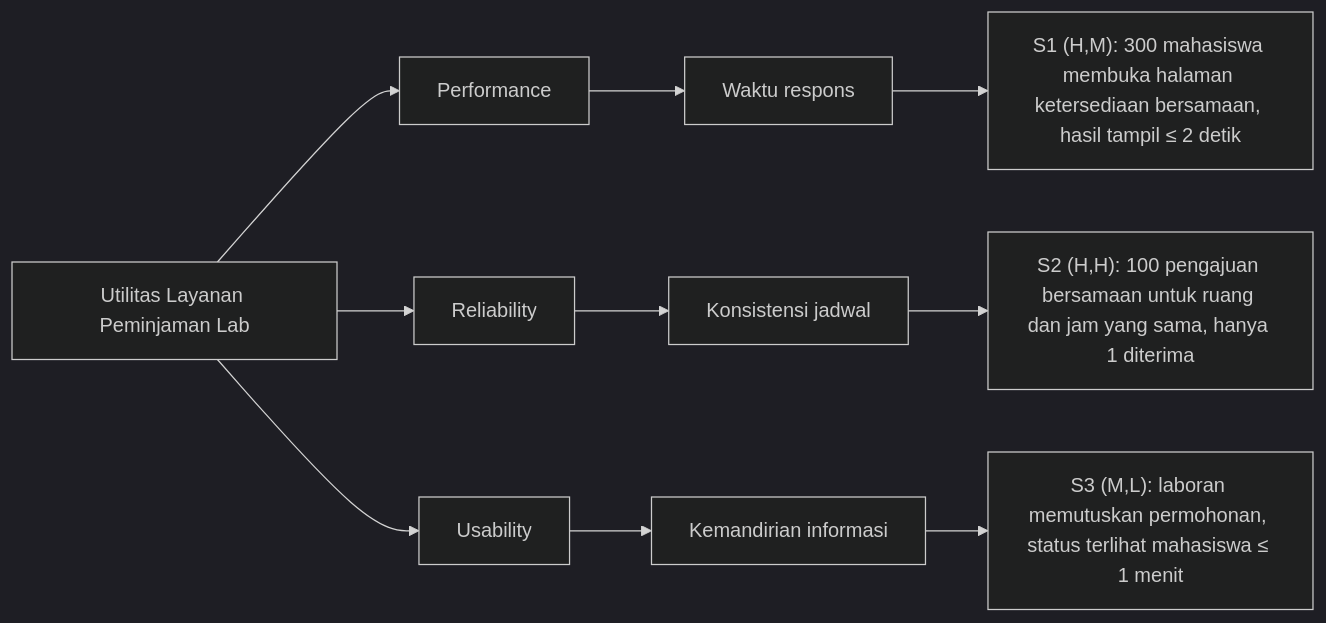
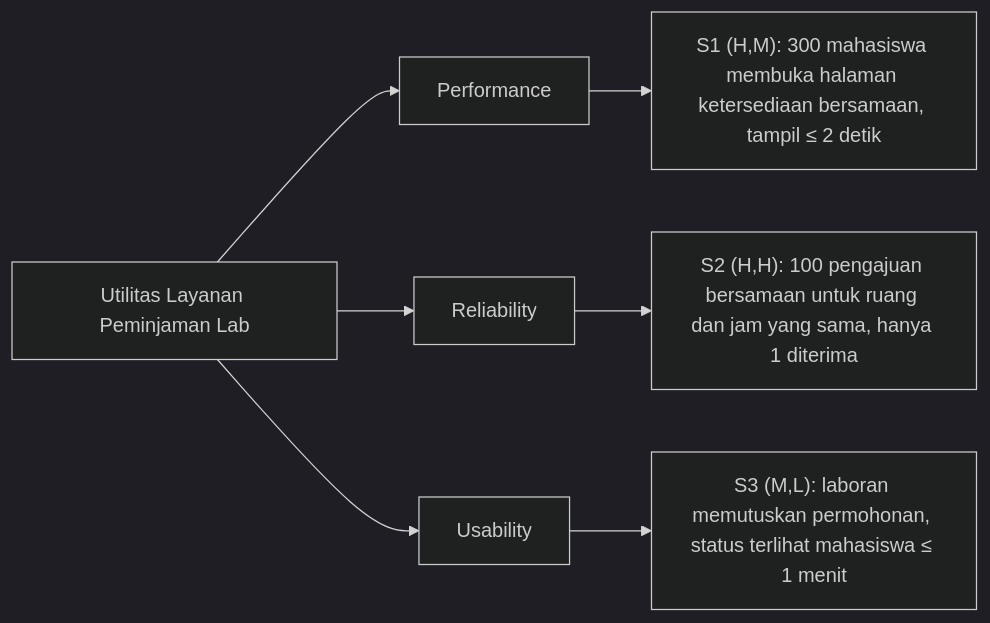
The diagram in uts/U6-Evaluasi.md (muhammadadrianrian675-arch/apl-tugas-kelompok-07), drawn with Mermaid (dark theme) before and after one commit. The commit also changed other lines of this file, not shown here.

Commit message:
[U6] ringkas evaluasi dan sesuaikan nomor gambar

````diff
--- a/uts/U6-Evaluasi.md
+++ b/uts/U6-Evaluasi.md
@@ -15,9 +15,9 @@
 ```mermaid
 flowchart LR
   U[Utilitas Layanan Peminjaman Lab] --> P[Performance]
   U --> R[Reliability]
   U --> S[Usability]
-  P --> P1[Waktu respons] --> S1["S1 (H,M): 300 mahasiswa membuka halaman ketersediaan bersamaan, hasil tampil ≤ 2 detik"]
-  R --> R1[Konsistensi jadwal] --> S2["S2 (H,H): 100 pengajuan bersamaan untuk ruang dan jam yang sama, hanya 1 diterima"]
-  S --> S3a[Kemandirian informasi] --> S3["S3 (M,L): laboran memutuskan permohonan, status terlihat mahasiswa ≤ 1 menit"]
+  P --> S1["S1 (H,M): 300 mahasiswa membuka halaman ketersediaan bersamaan, tampil ≤ 2 detik"]
+  R --> S2["S2 (H,H): 100 pengajuan bersamaan untuk ruang dan jam yang sama, hanya 1 diterima"]
+  S --> S3["S3 (M,L): laboran memutuskan permohonan, status terlihat mahasiswa ≤ 1 menit"]
 ```
````
